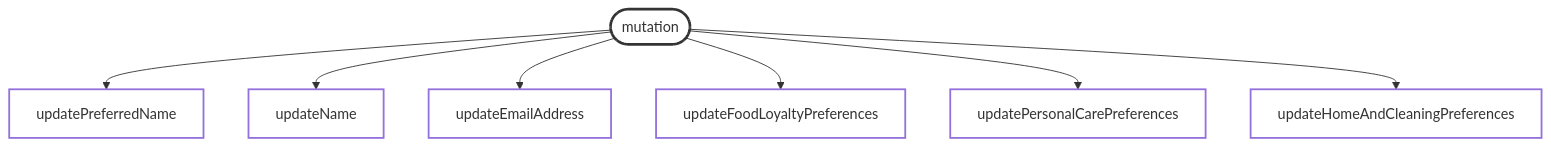
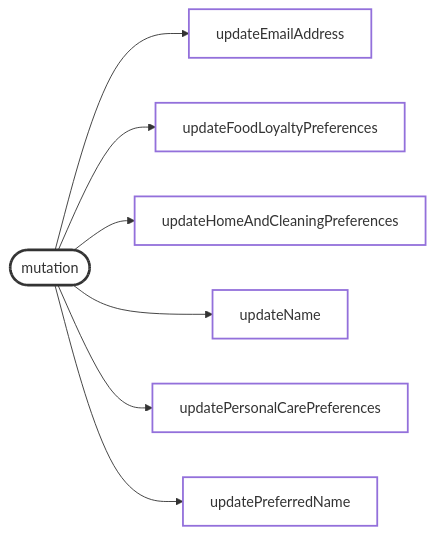
The first of 4 diagrams in _posts/2026-10-07-graphql-mutation-namespacing.md (bcdxn/bcdxn.github.io), drawn with Mermaid before and after one commit. The commit also changed other lines of this file, not shown here.

Commit message:
improve diagram readability

```diff
--- a/_posts/2026-10-07-graphql-mutation-namespacing.md
+++ b/_posts/2026-10-07-graphql-mutation-namespacing.md
@@ -27,17 +27,17 @@
 <pre class="mermaid">
 %%{init: {'themeVariables': { 'edgeLabelBackground': '#fff'}}}%%
-flowchart TD
+flowchart LR
   classDef default fill:none,stroke-width:2px
   classDef grouping fill:none,stroke:#999,stroke-width:2px
   classDef user fill:none,stroke:#333,stroke-width:3px
 
   mutation([mutation])
-  mutation --> updatePreferredName[updatePreferredName]
-  mutation --> updateName[updateName]
   mutation --> updateEmailAddress[updateEmailAddress]
   mutation --> updateFoodLoyaltyPreferences[updateFoodLoyaltyPreferences]
+  mutation --> updateHomeAndCleaningPreferences[updateHomeAndCleaningPreferences]
+  mutation --> updateName[updateName]
   mutation --> updatePersonalCarePreferences[updatePersonalCarePreferences]
-  mutation --> updateHomeAndCleaningPreferences[updateHomeAndCleaningPreferences]
+  mutation --> updatePreferredName[updatePreferredName]
 
   class mutation user
 </pre>
```
